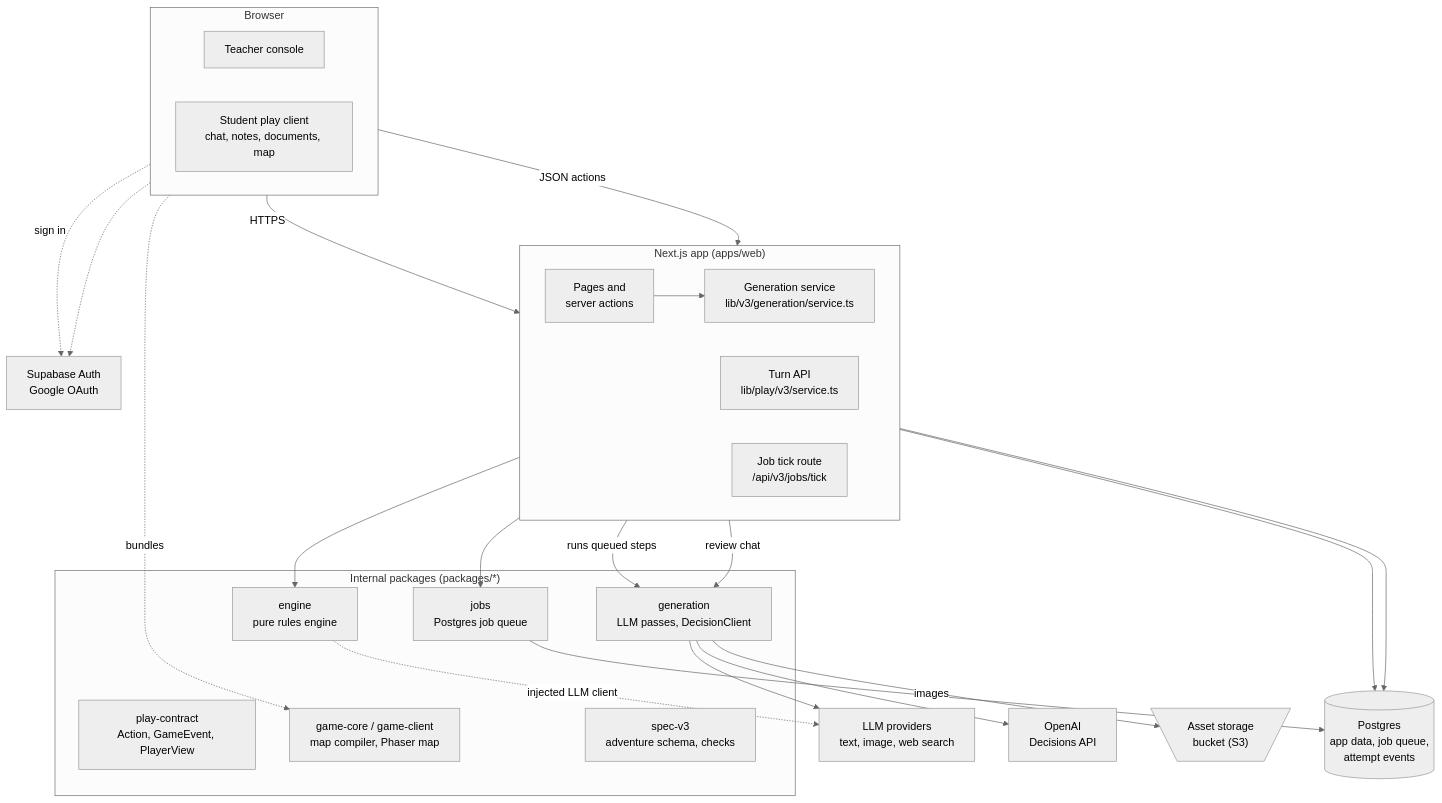
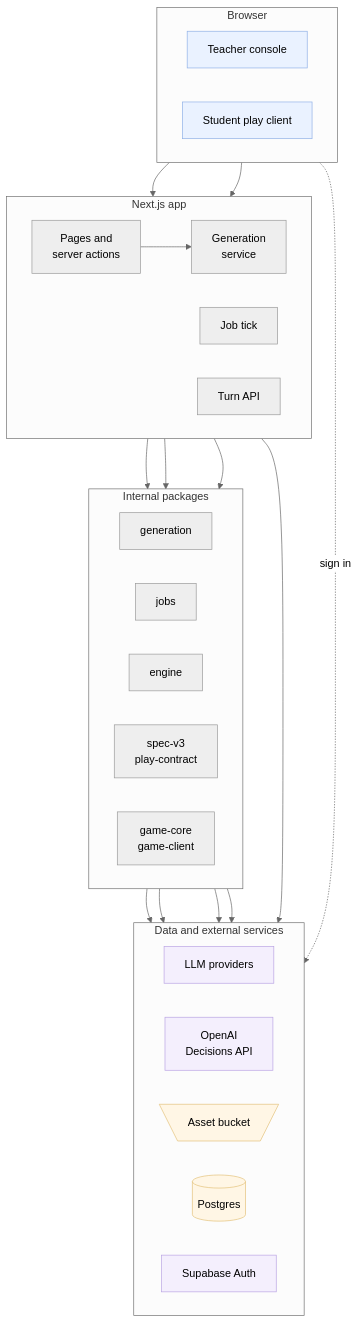
Before and after one commit to damiancxliew/CS3216_Assignment3: the diagram in docs/diagrams/d1-system-overview.mmd, drawn with Mermaid (neutral theme). The commit also changed 20 other files, not shown here.

Commit message:
docs: restyle architecture diagrams, split D2b, move detail into NOTES.md

```diff
--- a/docs/diagrams/d1-system-overview.mmd
+++ b/docs/diagrams/d1-system-overview.mmd
@@ -1,52 +1,50 @@
-%% D1: high-level system architecture (deployment / component level only)
+%% D1: high-level system architecture. Node notes: NOTES.md
 flowchart TB
   subgraph browser["Browser"]
     direction LR
     T["Teacher console"]
-    S["Student play client<br/>chat, notes, documents, map"]
+    S["Student play client"]
   end
 
-  subgraph web["Next.js app (apps/web)"]
+  subgraph web["Next.js app"]
     direction LR
     PAGES["Pages and<br/>server actions"]
-    TURN["Turn API<br/>lib/play/v3/service.ts"]
-    GEN["Generation service<br/>lib/v3/generation/service.ts"]
-    TICK["Job tick route<br/>/api/v3/jobs/tick"]
+    GEN["Generation<br/>service"]
+    TICK["Job tick"]
+    TURN["Turn API"]
   end
 
-  subgraph pkgs["Internal packages (packages/*)"]
-    ENG["engine<br/>pure rules engine"]
-    GP["generation<br/>LLM passes, DecisionClient"]
-    JOBS["jobs<br/>Postgres job queue"]
-    PC["play-contract<br/>Action, GameEvent, PlayerView"]
-    SPEC["spec-v3<br/>adventure schema, checks"]
-    GC["game-core / game-client<br/>map compiler, Phaser map"]
-    ENG ~~~ PC
-    GP ~~~ SPEC
-    JOBS ~~~ GC
+  subgraph pkgs["Internal packages"]
+    direction LR
+    GP["generation"]
+    JOBS["jobs"]
+    ENG["engine"]
+    SHARED["spec-v3<br/>play-contract"]
+    GC["game-core<br/>game-client"]
   end
 
-  DB[("Postgres<br/>app data, job queue,<br/>attempt events")]
-  AUTH["Supabase Auth<br/>Google OAuth"]
-  LLM["LLM providers<br/>text, image, web search"]
-  DEC["OpenAI<br/>Decisions API"]
-  BKT@{ shape: trap-t, label: "Asset storage<br/>bucket (S3)" }
+  subgraph infra["Data and external services"]
+    direction LR
+    LLM["LLM providers"]
+    DEC["OpenAI<br/>Decisions API"]
+    BKT@{ shape: trap-t, label: "Asset bucket" }
+    DB[("Postgres")]
+    AUTH["Supabase Auth"]
+  end
 
-  T -->|HTTPS| PAGES
-  S -->|"JSON actions"| TURN
-  T -.->|sign in| AUTH
-  S -.-> AUTH
+  T --> PAGES
+  S --> TURN
+  PAGES --> GEN --> JOBS
+  TICK --> GP
+  TURN --> ENG
+  GP --> LLM & DEC & BKT
+  JOBS --> DB
+  web --> DB
+  browser -.->|sign in| AUTH
 
-  PAGES --> GEN
-  TURN --> ENG
-  GEN --> JOBS
-  TICK -->|runs queued steps| GP
-  PAGES -->|review chat| GP
-  S -.->|bundles| GC
-
-  JOBS --> DB
-  PAGES & TURN --> DB
-  GP --> LLM
-  GP --> DEC
-  ENG -.->|"injected LLM client"| LLM
-  GP -->|images| BKT
+  classDef actor fill:#eaf2ff,stroke:#8fb0e6
+  classDef store fill:#fff6e5,stroke:#e3c27a
+  classDef ext fill:#f4effd,stroke:#b9a3e3
+  class T,S actor
+  class DB,BKT store
+  class AUTH,LLM,DEC ext
```
